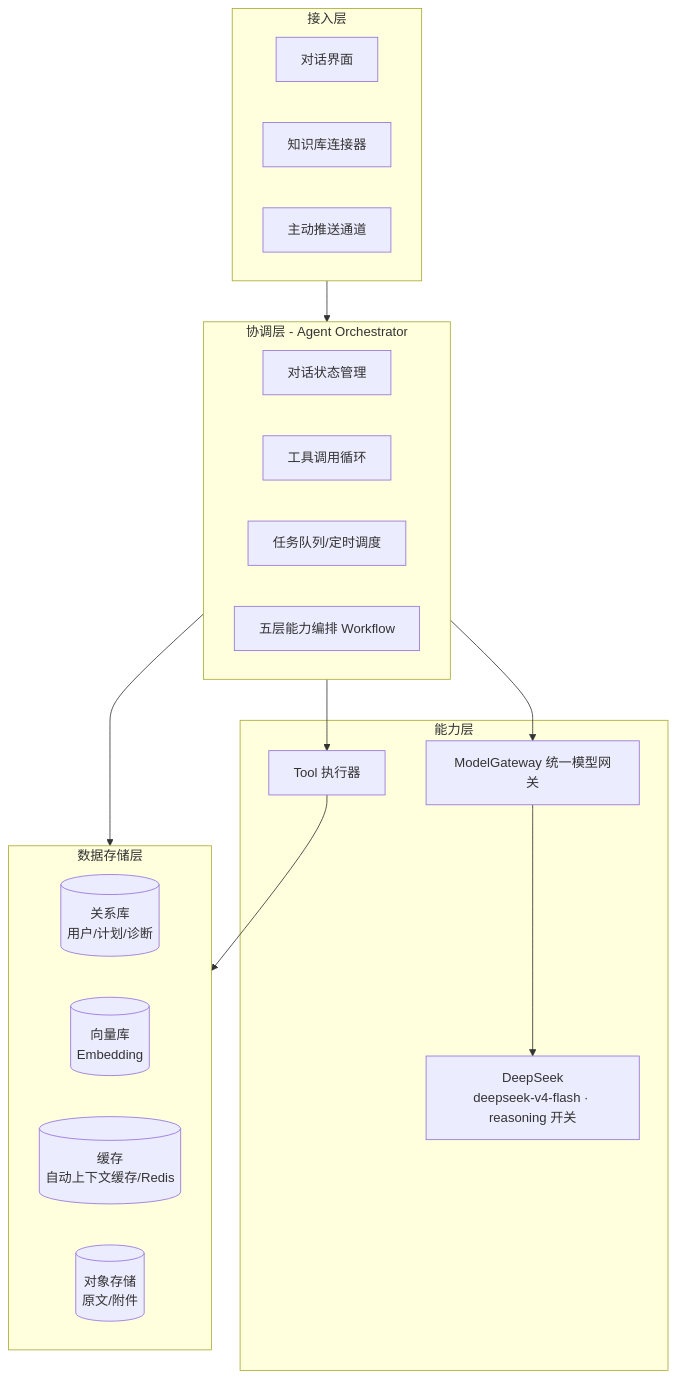
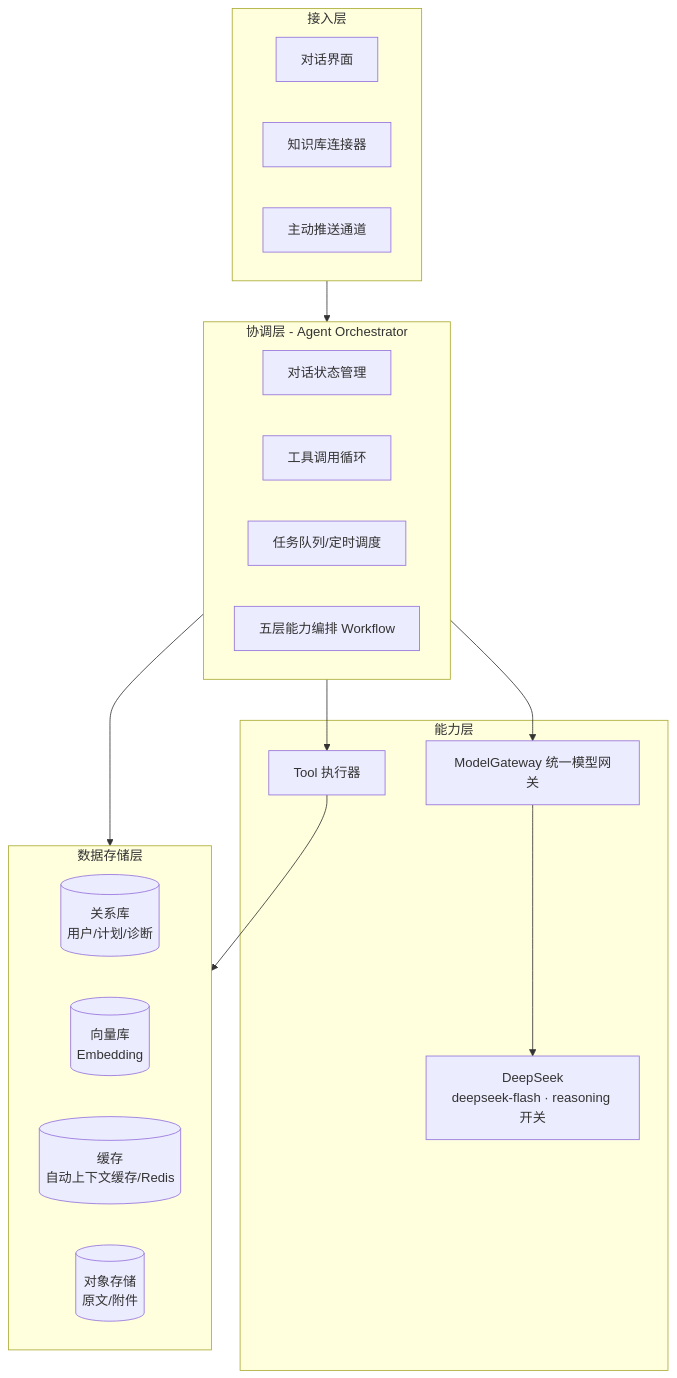
The first of 9 diagrams in docs/系统设计文档.md (Curtainorange/knowledge-agent), drawn with Mermaid before and after one commit. The commit also changed other lines of this file and 15 other files, not shown here.

````diff
--- a/docs/系统设计文档.md
+++ b/docs/系统设计文档.md
@@ -96,35 +96,35 @@
 ```mermaid
 flowchart TB
     subgraph U[接入层]
         ChatUI[对话界面]
         KBConn[知识库连接器]
         PushCh[主动推送通道]
     end
 
     subgraph C[协调层 - Agent Orchestrator]
         StateMng[对话状态管理]
         LoopMgr[工具调用循环]
         QueueMgr[任务队列/定时调度]
         Workflow[五层能力编排 Workflow]
     end
 
     subgraph A[能力层]
         GW[ModelGateway 统一模型网关]
-        LLM[DeepSeek<br/>deepseek-v4-flash · reasoning 开关]
+        LLM[DeepSeek<br/>deepseek-flash · reasoning 开关]
         TOOL[Tool 执行器]
     end
 
     subgraph D[数据存储层]
         PG[(关系库<br/>用户/计划/诊断)]
         VDB[(向量库<br/>Embedding)]
         CACHE[(缓存<br/>自动上下文缓存/Redis)]
         OBJ[(对象存储<br/>原文/附件)]
     end
 
     U --> C
     C --> GW
     GW --> LLM
     C --> TOOL
     TOOL --> D
     C --> D
 ```
````
